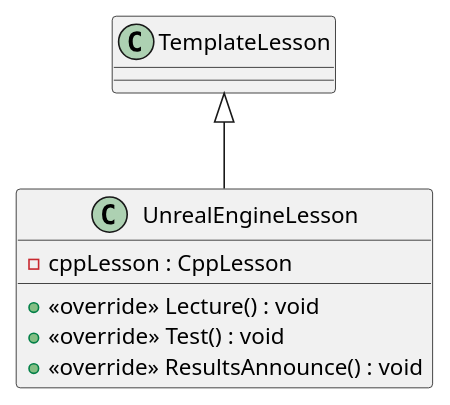
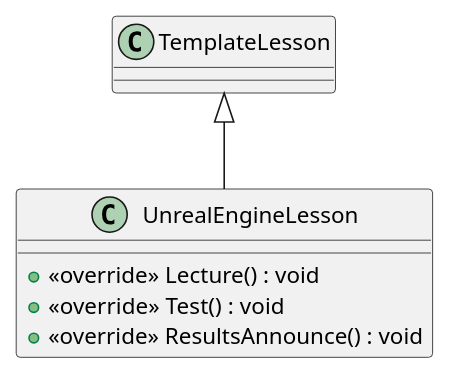
The diagram in TemplateMethod/Use/out/UnrealEngineLesson.puml (Zukky55/design_pattern), drawn with PlantUML before and after one commit. The commit also changed 33 other files, not shown here.

```diff
--- a/TemplateMethod/Use/out/UnrealEngineLesson.puml
+++ b/TemplateMethod/Use/out/UnrealEngineLesson.puml
@@ -1,9 +1,8 @@
 @startuml
 class UnrealEngineLesson {
-    - cppLesson : CppLesson
     + <<override>> Lecture() : void
     + <<override>> Test() : void
     + <<override>> ResultsAnnounce() : void
 }
 TemplateLesson <|-- UnrealEngineLesson
 @enduml
```
